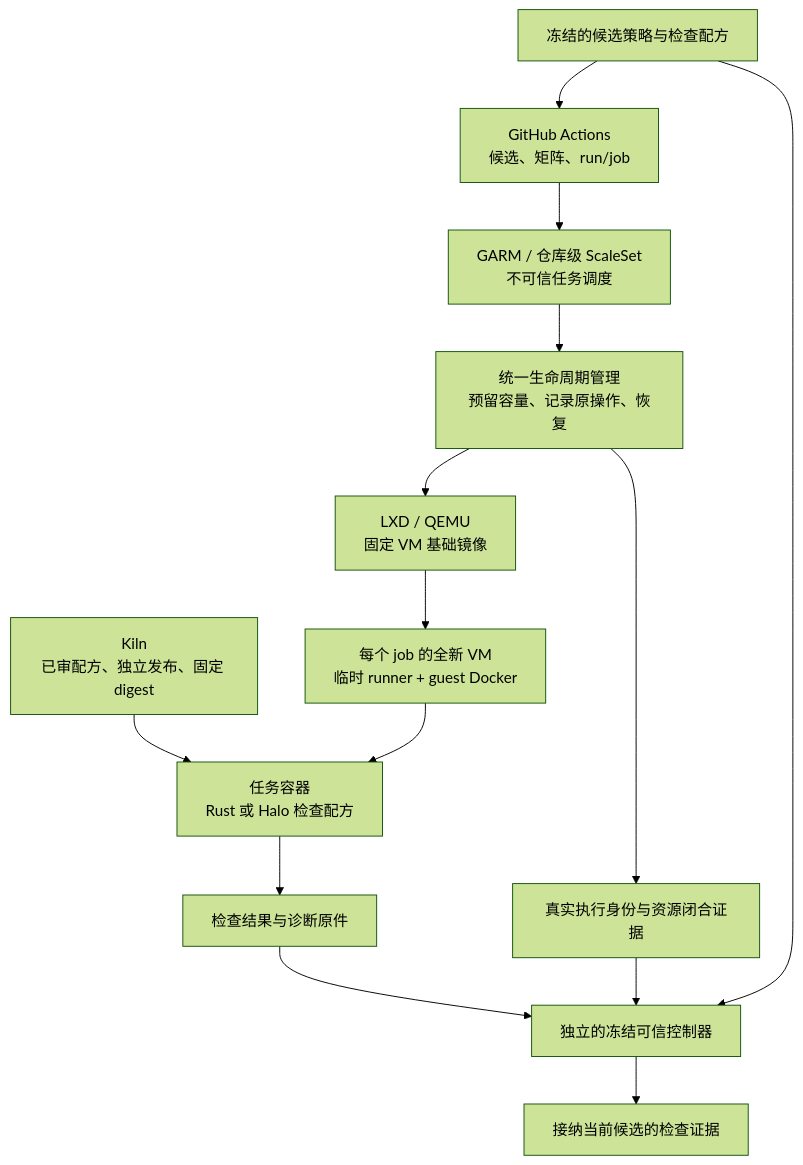
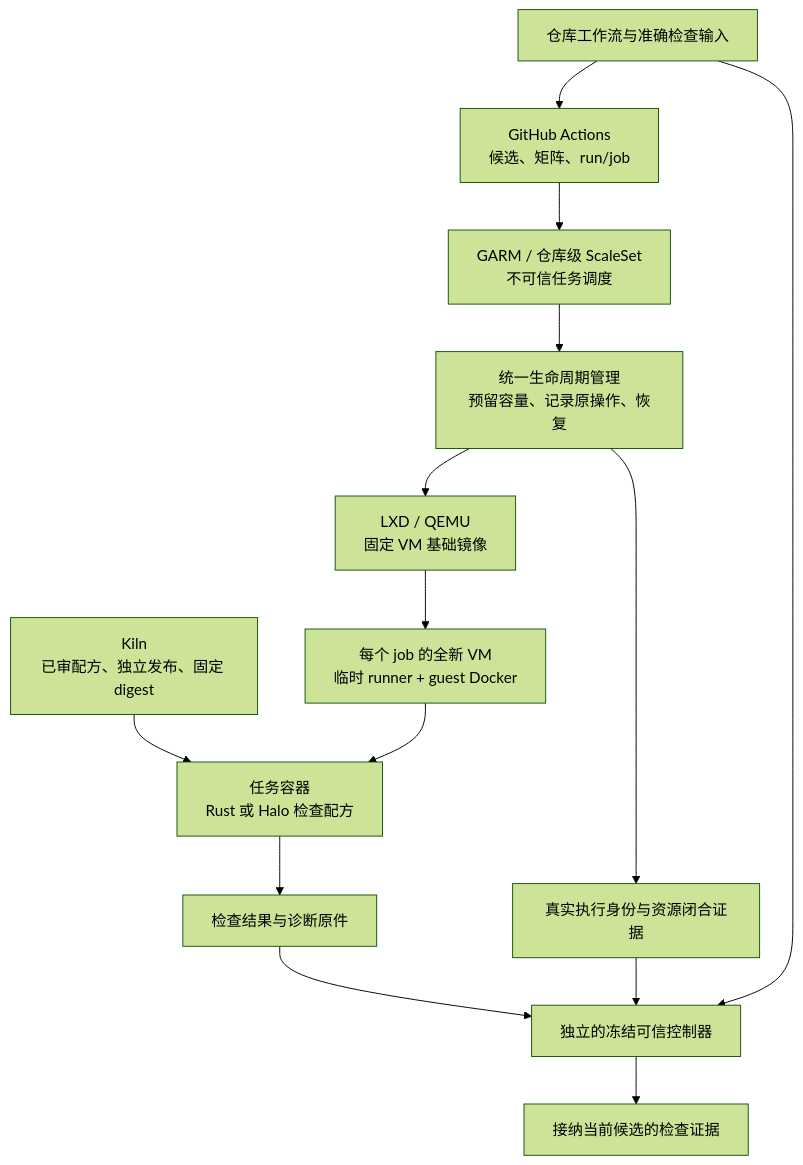
One commit to headironc/designs changed the diagram in ci-architecture.md. Above: the diagram before and after it, drawn with Mermaid (forest theme). The commit also changed other lines of this file and 33 other files, not shown here.

````diff
--- a/ci-architecture.md
+++ b/ci-architecture.md
@@ -423,16 +41,16 @@
 ```mermaid
 flowchart TD
-    Policy["冻结的候选策略与检查配方"] --> Actions["GitHub Actions<br/>候选、矩阵、run/job"]
+    Policy["仓库工作流与准确检查输入"] --> Actions["GitHub Actions<br/>候选、矩阵、run/job"]
     Actions --> GARM["GARM / 仓库级 ScaleSet<br/>不可信任务调度"]
     GARM --> Lifecycle["统一生命周期管理<br/>预留容量、记录原操作、恢复"]
     Lifecycle --> LXD["LXD / QEMU<br/>固定 VM 基础镜像"]
     LXD --> VM["每个 job 的全新 VM<br/>临时 runner + guest Docker"]
     Kiln["Kiln<br/>已审配方、独立发布、固定 digest"] --> Container["任务容器<br/>Rust 或 Halo 检查配方"]
     VM --> Container
     Container --> Evidence["检查结果与诊断原件"]
     Lifecycle --> Closure["真实执行身份与资源闭合证据"]
     Evidence --> Gate["独立的冻结可信控制器"]
     Closure --> Gate
     Policy --> Gate
     Gate --> Admission["接纳当前候选的检查证据"]
 ```
````
